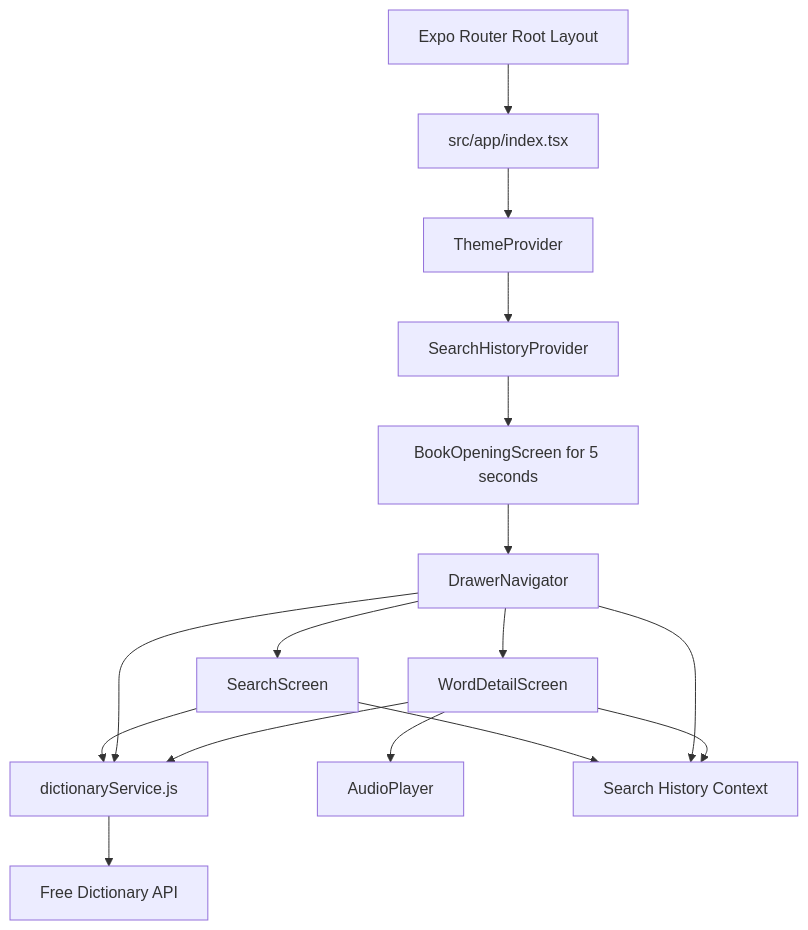
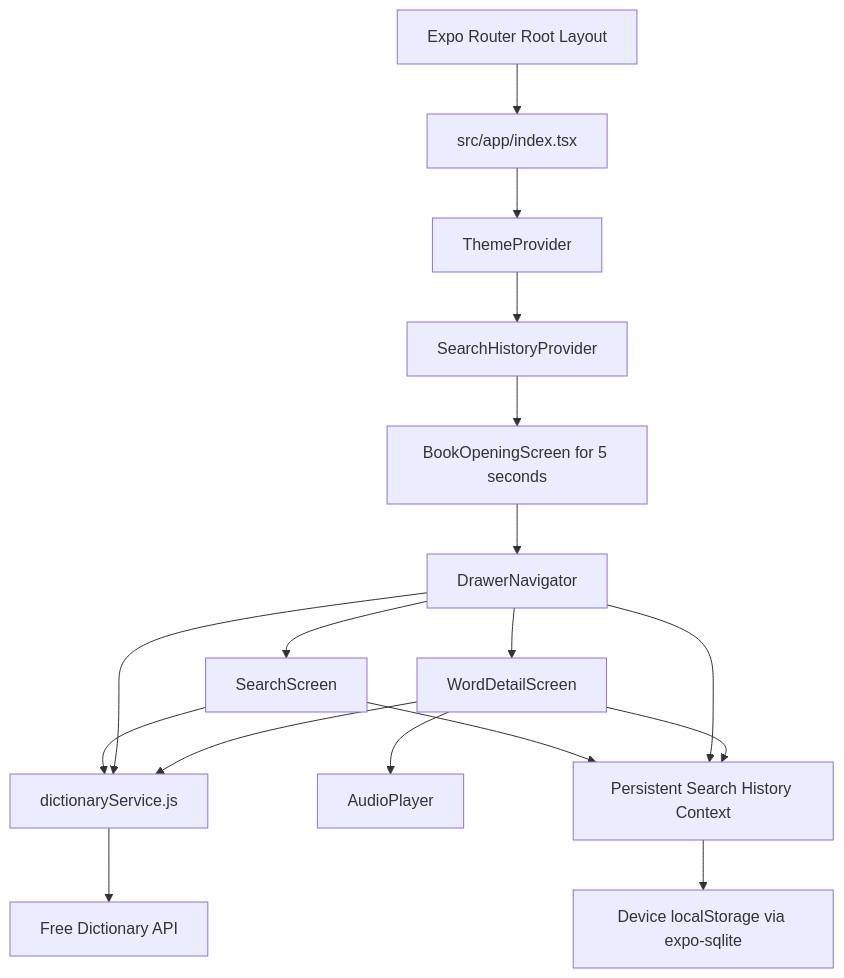
The first of 2 diagrams in PROJECT_DESIGN.md (IshimweJoliePrincesse/Mobile_NE), drawn with Mermaid before and after one commit. The commit also changed other lines of this file and 4 other files, not shown here.

````diff
--- a/PROJECT_DESIGN.md
+++ b/PROJECT_DESIGN.md
@@ -40,18 +40,19 @@
 ```mermaid
 flowchart TD
   App[Expo Router Root Layout] --> Index[src/app/index.tsx]
   Index --> ThemeProvider[ThemeProvider]
   ThemeProvider --> HistoryProvider[SearchHistoryProvider]
   HistoryProvider --> BookLoading[BookOpeningScreen for 5 seconds]
   BookLoading --> Drawer[DrawerNavigator]
   Drawer --> Search[SearchScreen]
   Drawer --> Detail[WordDetailScreen]
   Search --> Service[dictionaryService.js]
   Drawer --> Service
   Detail --> Service
   Service --> API[Free Dictionary API]
   Detail --> Audio[AudioPlayer]
-  Search --> History[Search History Context]
+  Search --> History[Persistent Search History Context]
   Drawer --> History
   Detail --> History
+  History --> Storage[Device localStorage via expo-sqlite]
 ```
````
